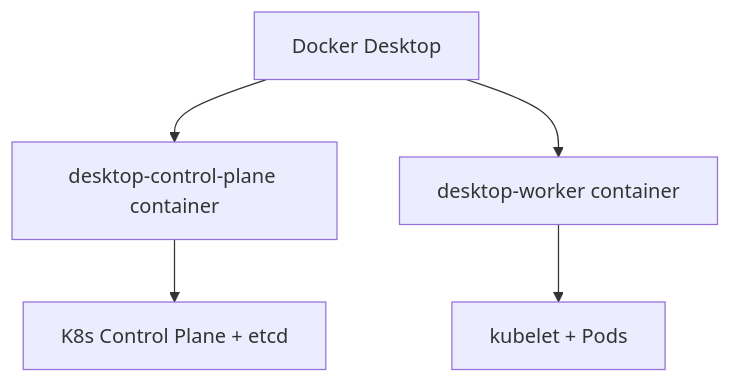
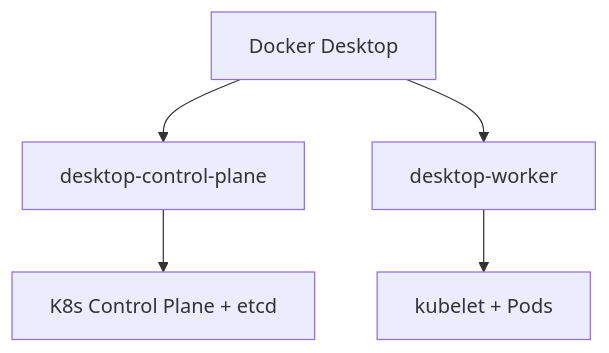
One commit to ajeetraina/labspace-k8s changed the diagram in labspace/02-kind-clusters.md. Above: the diagram before and after it, drawn with Mermaid. The commit also changed other lines of this file, not shown here.

````diff
--- a/labspace/02-kind-clusters.md
+++ b/labspace/02-kind-clusters.md
@@ -5,7 +5,7 @@
 ```mermaid
 graph TD
-    A[Docker Desktop] --> B[desktop-control-plane container]
-    A --> C[desktop-worker container]
+    A[Docker Desktop] --> B[desktop-control-plane]
+    A --> C[desktop-worker]
     B --> D[K8s Control Plane + etcd]
     C --> E[kubelet + Pods]
 ```
````
